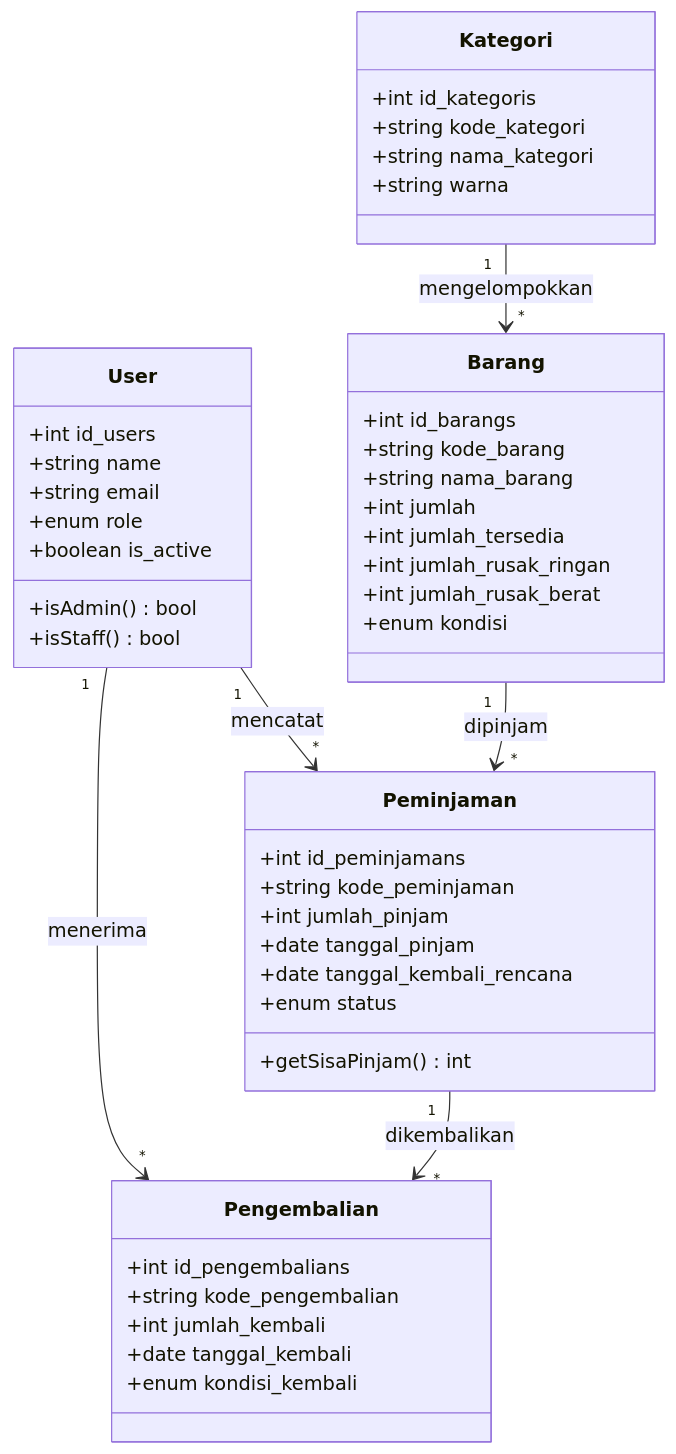
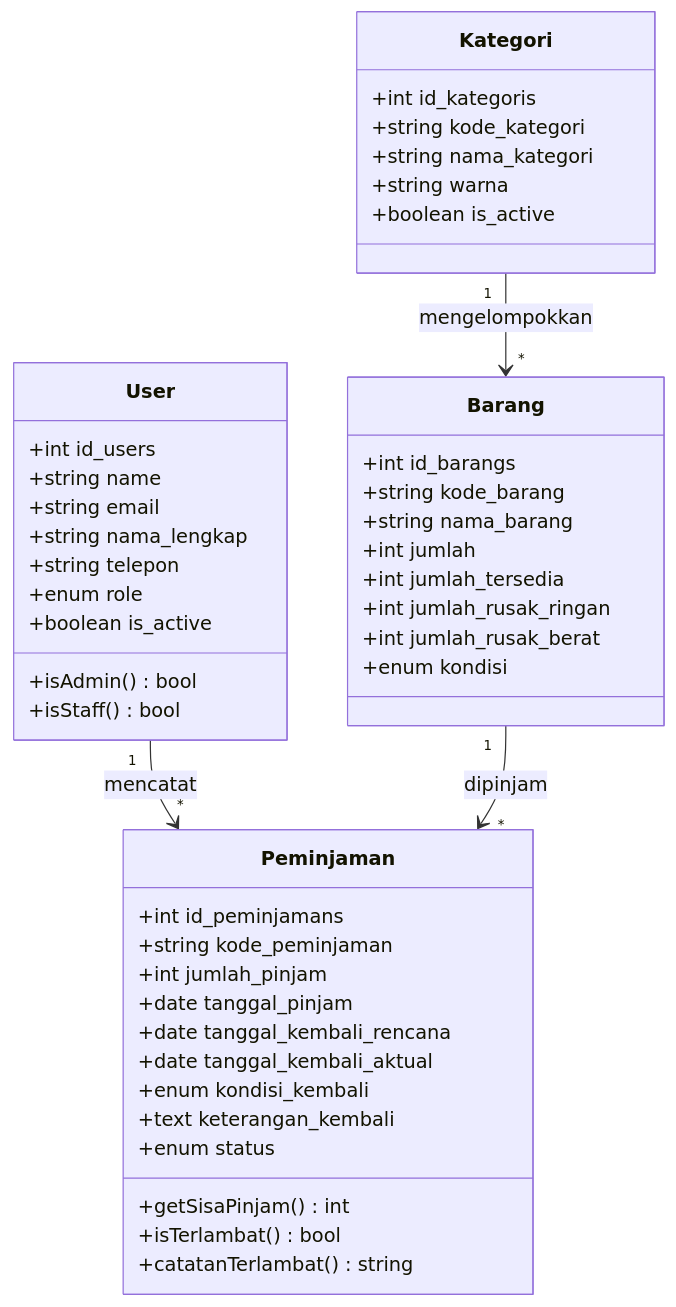
One commit to aikogansduniaakhirat/inventaris-barang changed the seventh of 7 diagrams in docs/ERD_AND_DIAGRAMS.md. Above: the diagram before and after it, drawn with Mermaid. The commit also changed other lines of this file and 1 other file, not shown here.

````diff
--- a/docs/ERD_AND_DIAGRAMS.md
+++ b/docs/ERD_AND_DIAGRAMS.md
@@ -240,54 +380,52 @@
 ```mermaid
 classDiagram
     class User {
         +int id_users
         +string name
         +string email
+        +string nama_lengkap
+        +string telepon
         +enum role
         +boolean is_active
         +isAdmin() bool
         +isStaff() bool
     }
 
     class Kategori {
         +int id_kategoris
         +string kode_kategori
         +string nama_kategori
         +string warna
+        +boolean is_active
     }
 
     class Barang {
         +int id_barangs
         +string kode_barang
         +string nama_barang
         +int jumlah
         +int jumlah_tersedia
         +int jumlah_rusak_ringan
         +int jumlah_rusak_berat
         +enum kondisi
     }
 
     class Peminjaman {
         +int id_peminjamans
         +string kode_peminjaman
         +int jumlah_pinjam
         +date tanggal_pinjam
         +date tanggal_kembali_rencana
+        +date tanggal_kembali_aktual
+        +enum kondisi_kembali
+        +text keterangan_kembali
         +enum status
         +getSisaPinjam() int
-    }
-
-    class Pengembalian {
-        +int id_pengembalians
-        +string kode_pengembalian
-        +int jumlah_kembali
-        +date tanggal_kembali
-        +enum kondisi_kembali
+        +isTerlambat() bool
+        +catatanTerlambat() string
     }
 
     User "1" --> "*" Peminjaman : mencatat
-    User "1" --> "*" Pengembalian : menerima
     Kategori "1" --> "*" Barang : mengelompokkan
     Barang "1" --> "*" Peminjaman : dipinjam
-    Peminjaman "1" --> "*" Pengembalian : dikembalikan
 ```
````
